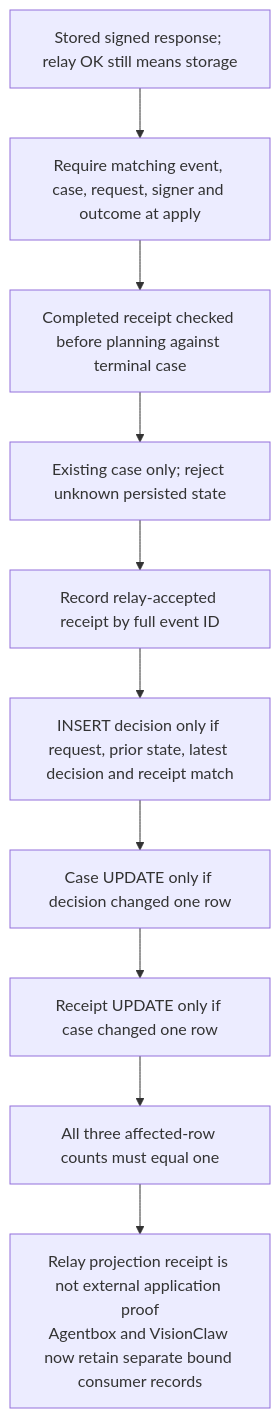
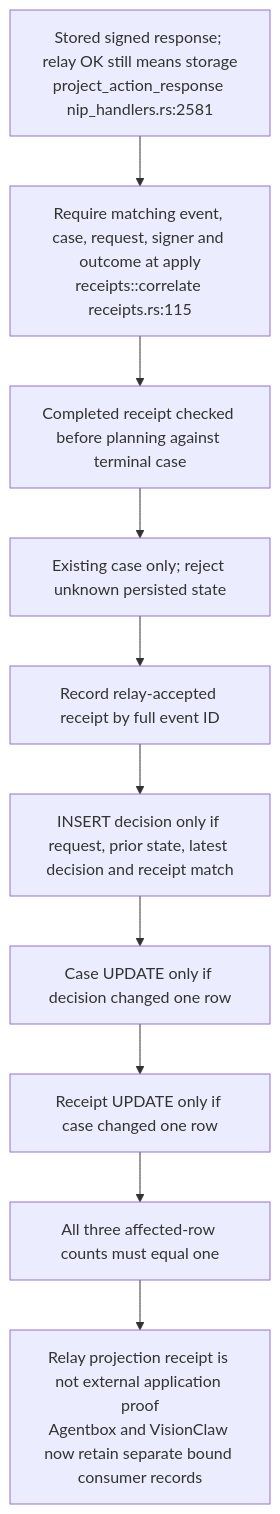
One commit to DreamLab-AI/VisionFlow changed the ninth of 14 diagrams in docs/diagrams/nostr-rust-forum/06-agent-control-surface-31400-31405.md. Above: the diagram before and after it, drawn with Mermaid. The commit also changed other lines of this file and 136 other files, not shown here.

First line of the commit message:
docs(diagrams): refresh the whole corpus to code HEAD and prune low-value diagrams

````diff
--- a/docs/diagrams/nostr-rust-forum/06-agent-control-surface-31400-31405.md
+++ b/docs/diagrams/nostr-rust-forum/06-agent-control-surface-31400-31405.md
@@ -311,12 +262,12 @@
 ```mermaid
 flowchart TB
-    EVENT["Stored signed response; relay OK still means storage"] --> CORR["Require matching event, case, request, signer and outcome at apply"]
+    EVENT["Stored signed response; relay OK still means storage<br/>project_action_response nip_handlers.rs:2581"] --> CORR["Require matching event, case, request, signer and outcome at apply<br/>receipts::correlate receipts.rs:115"]
     CORR --> REPLAY["Completed receipt checked before planning against terminal case"]
     REPLAY --> PLAN["Existing case only; reject unknown persisted state"]
     PLAN --> ACCEPT["Record relay-accepted receipt by full event ID"]
     ACCEPT --> SQL["INSERT decision only if request, prior state, latest decision and receipt match"]
     SQL --> CASE["Case UPDATE only if decision changed one row"]
     CASE --> RECEIPT["Receipt UPDATE only if case changed one row"]
     RECEIPT --> CHECK["All three affected-row counts must equal one"]
     CHECK --> LIMIT["Relay projection receipt is not external application proof<br/>Agentbox and VisionClaw now retain separate bound consumer records"]
 ```
````
